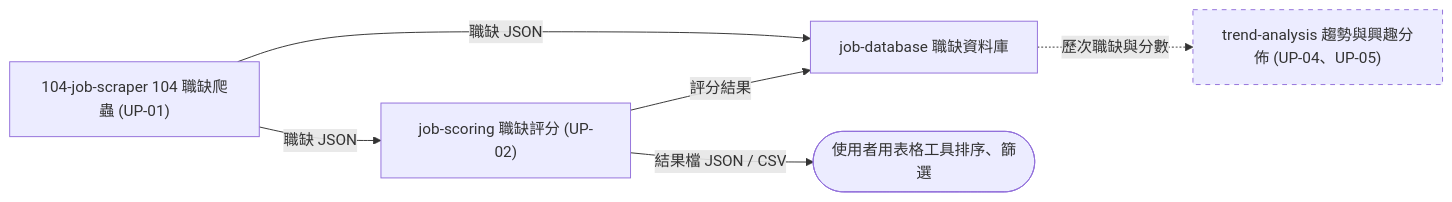
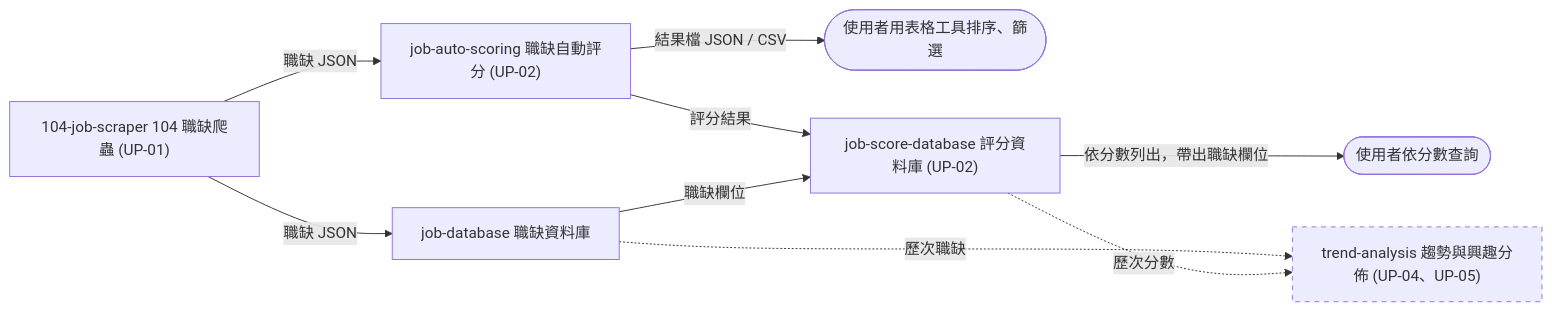
One commit to dlhdb/job-matching changed the first of 2 diagrams in docs/product/overview.md. Above: the diagram before and after it, drawn with Mermaid. The commit also changed other lines of this file and 18 other files, not shown here.

First line of the commit message:
docs: 拆分 job-scoring 為評分資料庫與職缺自動評分

````diff
--- a/docs/product/overview.md
+++ b/docs/product/overview.md
@@ -61,11 +61,14 @@
 ```mermaid
 flowchart LR
     scraper["104-job-scraper 104 職缺爬蟲 (UP-01)"] -->|職缺 JSON| db["job-database 職缺資料庫"]
-    scraper -->|職缺 JSON| scoring["job-scoring 職缺評分 (UP-02)"]
+    scraper -->|職缺 JSON| scoring["job-auto-scoring 職缺自動評分 (UP-02)"]
     scoring -->|結果檔 JSON / CSV| U(["使用者用表格工具排序、篩選"])
-    scoring -->|評分結果| db
-    db -.->|歷次職缺與分數| trend["trend-analysis 趨勢與興趣分佈 (UP-04、UP-05)"]
+    scoring -->|評分結果| scoredb["job-score-database 評分資料庫 (UP-02)"]
+    scoredb -->|依分數列出，帶出職缺欄位| U2(["使用者依分數查詢"])
+    db -->|職缺欄位| scoredb
+    db -.->|歷次職缺| trend["trend-analysis 趨勢與興趣分佈 (UP-04、UP-05)"]
+    scoredb -.->|歷次分數| trend
 
     classDef planned stroke-dasharray: 5 5
     class trend planned
 ```
````
